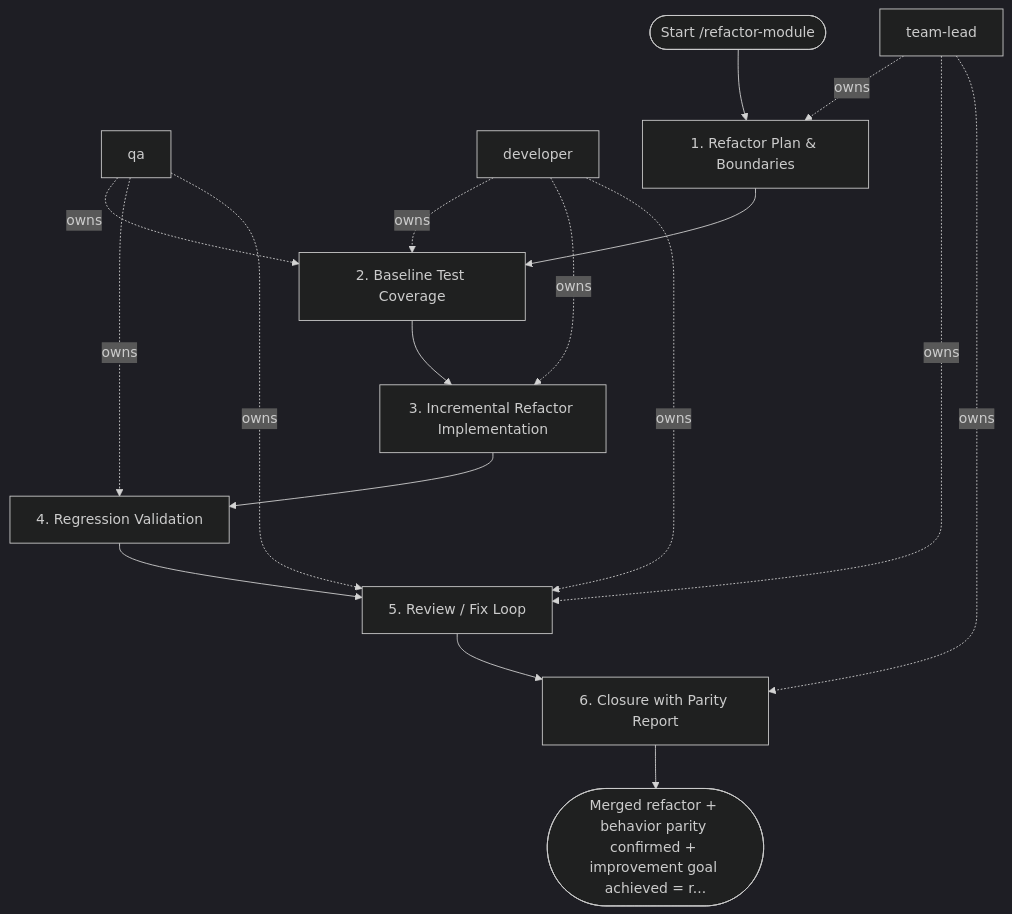
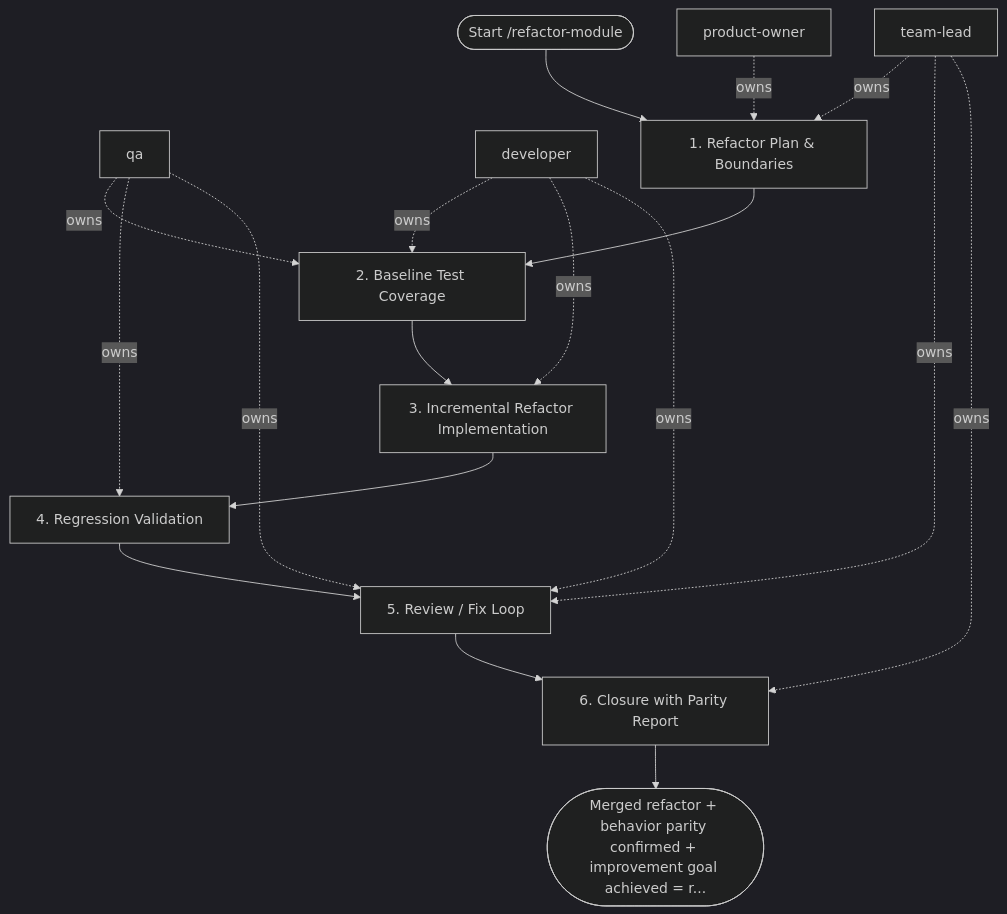
Before and after one commit to sawrus/agent-guides: the diagram in areas/software/backend/workflows/refactor-module.md, drawn with Mermaid (dark theme). The commit also changed other lines of this file and 76 other files, not shown here.

Commit message:
Standardize workflow product owner initiation

````diff
--- a/areas/software/backend/workflows/refactor-module.md
+++ b/areas/software/backend/workflows/refactor-module.md
@@ -75,30 +75,32 @@
 ```mermaid
 flowchart TD
   start(["Start /refactor-module"])
-  role_1["team-lead"]
-  role_2["qa"]
-  role_3["developer"]
+  role_1["product-owner"]
+  role_2["team-lead"]
+  role_3["qa"]
+  role_4["developer"]
   step_1["1. Refactor Plan & Boundaries"]
   step_2["2. Baseline Test Coverage"]
   step_3["3. Incremental Refactor Implementation"]
   step_4["4. Regression Validation"]
   step_5["5. Review / Fix Loop"]
   step_6["6. Closure with Parity Report"]
   exit(["Merged refactor + behavior parity confirmed + improvement goal achieved = r..."])
   start --> step_1
   step_1 --> step_2
   step_2 --> step_3
   step_3 --> step_4
   step_4 --> step_5
   step_5 --> step_6
   step_6 --> exit
   role_1 -. owns .-> step_1
-  role_2 -. owns .-> step_2
+  role_2 -. owns .-> step_1
   role_3 -. owns .-> step_2
-  role_3 -. owns .-> step_3
-  role_2 -. owns .-> step_4
-  role_1 -. owns .-> step_5
+  role_4 -. owns .-> step_2
+  role_4 -. owns .-> step_3
+  role_3 -. owns .-> step_4
+  role_2 -. owns .-> step_5
+  role_4 -. owns .-> step_5
   role_3 -. owns .-> step_5
-  role_2 -. owns .-> step_5
-  role_1 -. owns .-> step_6
+  role_2 -. owns .-> step_6
 ```
````
